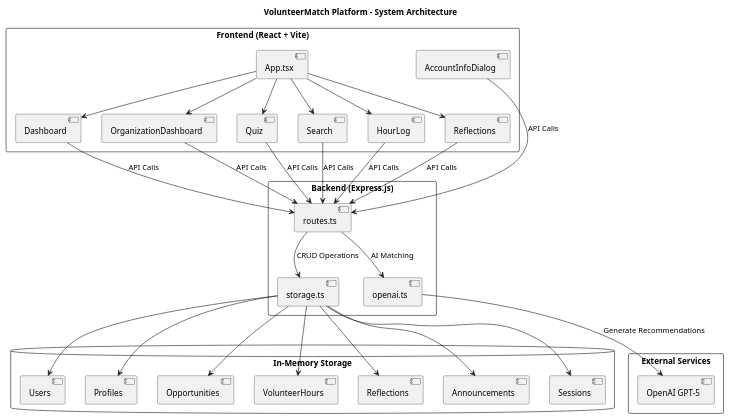
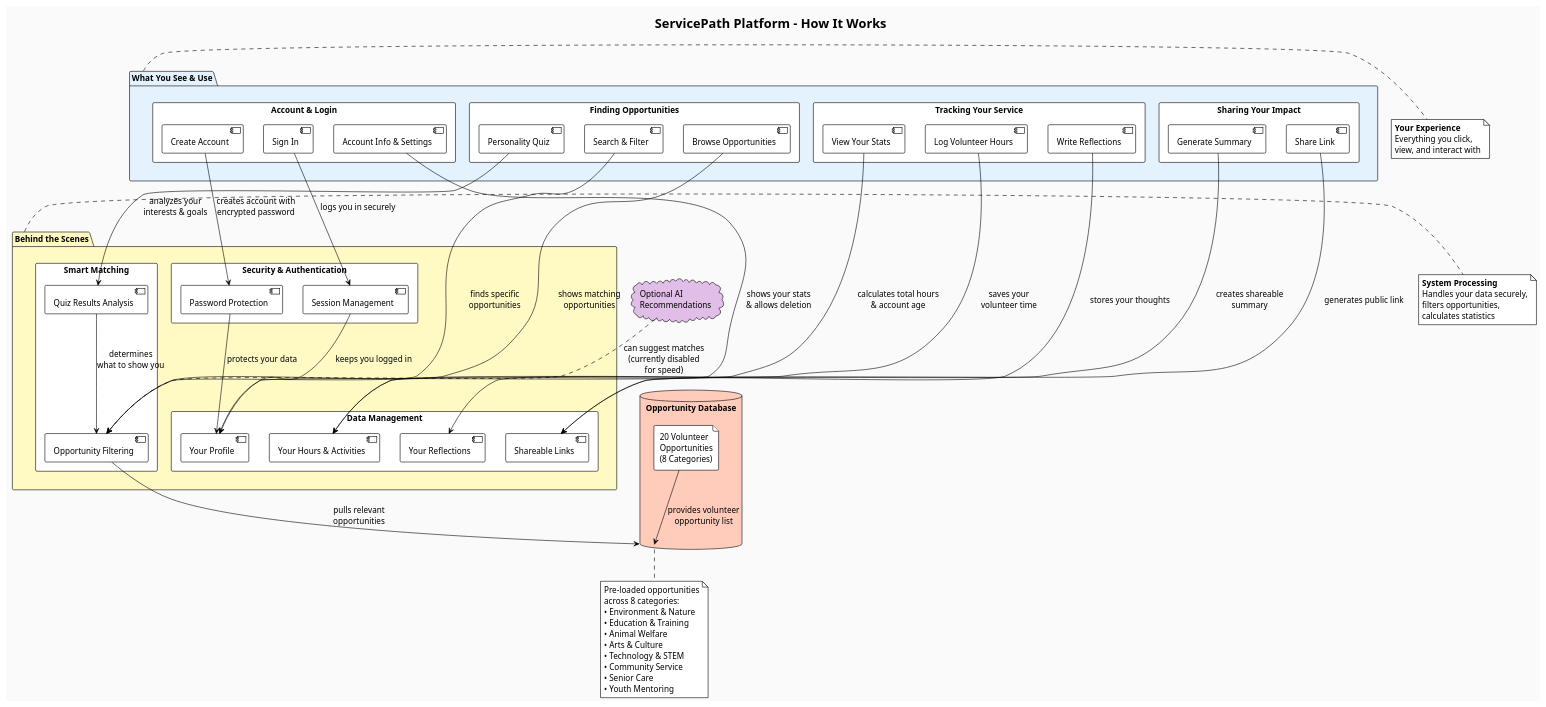
One commit to RoHaN-1-1/ServicePath changed the diagram in docs/architecture.puml. Above: the diagram before and after it, drawn with PlantUML. The commit also changed other lines of this file and 4 other files, not shown here.

First line of the commit message:
Update project name to ServicePath across all application files

```diff
--- a/docs/architecture.puml
+++ b/docs/architecture.puml
@@ -1,66 +1,97 @@
-@startuml VolunteerMatch Architecture
-
-title VolunteerMatch Platform - System Architecture
-
-skinparam packageStyle rectangle
-skinparam componentStyle uml2
-
-package "Frontend (React + Vite)" {
-  [App.tsx] as App
-  [Dashboard] as StudentDash
-  [OrganizationDashboard] as OrgDash
-  [Quiz] as Quiz
-  [Search] as Search
-  [HourLog] as HourLog
-  [Reflections] as Reflections
-  [AccountInfoDialog] as AccountInfo
+@startuml ServicePath - Simple Architecture
+!theme plain
+skinparam backgroundColor #FAFAFA
+skinparam defaultFontSize 14
+title ServicePath Platform - How It Works
+package "What You See & Use" as Frontend #E3F2FD {
+  
+  rectangle "Account & Login" as Auth {
+    [Create Account] as Register
+    [Sign In] as Login
+    [Account Info & Settings] as AccountInfo
+  }
+  
+  rectangle "Finding Opportunities" as Discovery {
+    [Personality Quiz] as Quiz
+    [Browse Opportunities] as Browse
+    [Search & Filter] as Search
+  }
+  
+  rectangle "Tracking Your Service" as Tracking {
+    [Log Volunteer Hours] as LogHours
+    [Write Reflections] as Reflections
+    [View Your Stats] as Stats
+  }
+  
+  rectangle "Sharing Your Impact" as Sharing {
+    [Generate Summary] as Summary
+    [Share Link] as ShareLink
+  }
 }
-
-package "Backend (Express.js)" {
-  [routes.ts] as Routes
-  [storage.ts] as Storage
-  [openai.ts] as OpenAI
+package "Behind the Scenes" as Backend #FFF9C4 {
+  
+  rectangle "Security & Authentication" as Security {
+    [Password Protection] as Passwords
+    [Session Management] as Sessions
+  }
+  
+  rectangle "Data Management" as DataMgmt {
+    [Your Profile] as Profile
+    [Your Hours & Activities] as Hours
+    [Your Reflections] as UserReflections
+    [Shareable Links] as Links
+  }
+  
+  rectangle "Smart Matching" as Matching {
+    [Quiz Results Analysis] as QuizAnalysis
+    [Opportunity Filtering] as Filter
+  }
 }
-
-package "External Services" {
-  [OpenAI GPT-5] as GPT
+database "Opportunity Database" as OppDB #FFCCBC {
+  file "20 Volunteer\nOpportunities\n(8 Categories)" as CSV
 }
-
-database "In-Memory Storage" {
-  [Users]
-  [Profiles]
-  [Opportunities]
-  [VolunteerHours]
-  [Reflections] as ReflectionsDB
-  [Announcements]
-  [Sessions]
-}
-
-App --> StudentDash
-App --> OrgDash
-App --> Quiz
-App --> Search
-App --> HourLog
-App --> Reflections
-
-StudentDash --> Routes : API Calls
-OrgDash --> Routes : API Calls
-Quiz --> Routes : API Calls
-Search --> Routes : API Calls
-HourLog --> Routes : API Calls
-Reflections --> Routes : API Calls
-AccountInfo --> Routes : API Calls
-
-Routes --> Storage : CRUD Operations
-Routes --> OpenAI : AI Matching
-OpenAI --> GPT : Generate Recommendations
-
-Storage --> Users
-Storage --> Profiles
-Storage --> Opportunities
-Storage --> VolunteerHours
-Storage --> ReflectionsDB
-Storage --> Announcements
-Storage --> Sessions
-
+cloud "Optional AI\nRecommendations" as AI #E1BEE7
+' User interactions
+Register --> Passwords : "creates account with\nencrypted password"
+Login --> Sessions : "logs you in securely"
+AccountInfo --> Profile : "shows your stats\n& allows deletion"
+Quiz --> QuizAnalysis : "analyzes your\ninterests & goals"
+Browse --> Filter : "shows matching\nopportunities"
+Search --> Filter : "finds specific\nopportunities"
+LogHours --> Hours : "saves your\nvolunteer time"
+Reflections --> UserReflections : "stores your thoughts"
+Stats --> Hours : "calculates total hours\n& account age"
+Summary --> Links : "creates shareable\nsummary"
+ShareLink --> Links : "generates public link"
+' Backend connections
+QuizAnalysis --> Filter : "determines\nwhat to show you"
+Filter --> OppDB : "pulls relevant\nopportunities"
+Passwords --> Profile : "protects your data"
+Sessions --> Profile : "keeps you logged in"
+' External data
+CSV --> OppDB : "provides volunteer\nopportunity list"
+AI -.> Filter : "can suggest matches\n(currently disabled\nfor speed)"
+note right of Frontend
+  <b>Your Experience</b>
+  Everything you click,
+  view, and interact with
+end note
+note right of Backend
+  <b>System Processing</b>
+  Handles your data securely,
+  filters opportunities,
+  calculates statistics
+end note
+note bottom of OppDB
+  Pre-loaded opportunities
+  across 8 categories:
+  • Environment & Nature
+  • Education & Training
+  • Animal Welfare
+  • Arts & Culture
+  • Technology & STEM
+  • Community Service
+  • Senior Care
+  • Youth Mentoring
+end note
 @enduml
```
